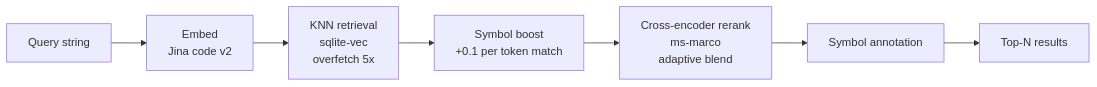
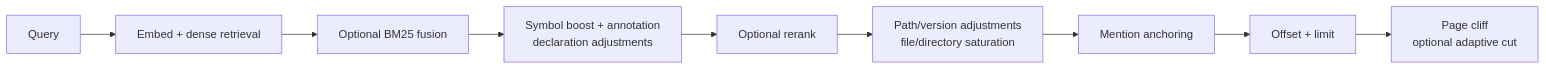
The second of 3 diagrams in README.md (iliaal/codesage), drawn with Mermaid before and after one commit. The commit also changed other lines of this file and 1 other file, not shown here.

````diff
--- a/README.md
+++ b/README.md
@@ -488,9 +486,11 @@
 ```mermaid
 flowchart LR
-    Q[Query string] --> E[Embed<br/>Jina code v2]
-    E --> K[KNN retrieval<br/>sqlite-vec<br/>overfetch 5x]
-    K --> B[Symbol boost<br/>+0.1 per token match]
-    B --> R[Cross-encoder rerank<br/>ms-marco<br/>adaptive blend]
-    R --> A[Symbol annotation]
-    A --> T[Top-N results]
+    Q[Query] --> E[Embed + dense retrieval]
+    E --> F[Optional BM25 fusion]
+    F --> S[Symbol boost + annotation<br/>declaration adjustments]
+    S --> R[Optional rerank]
+    R --> P[Path/version adjustments<br/>file/directory saturation]
+    P --> A[Mention anchoring]
+    A --> T[Offset + limit]
+    T --> C[Page cliff<br/>optional adaptive cut]
 ```
````
